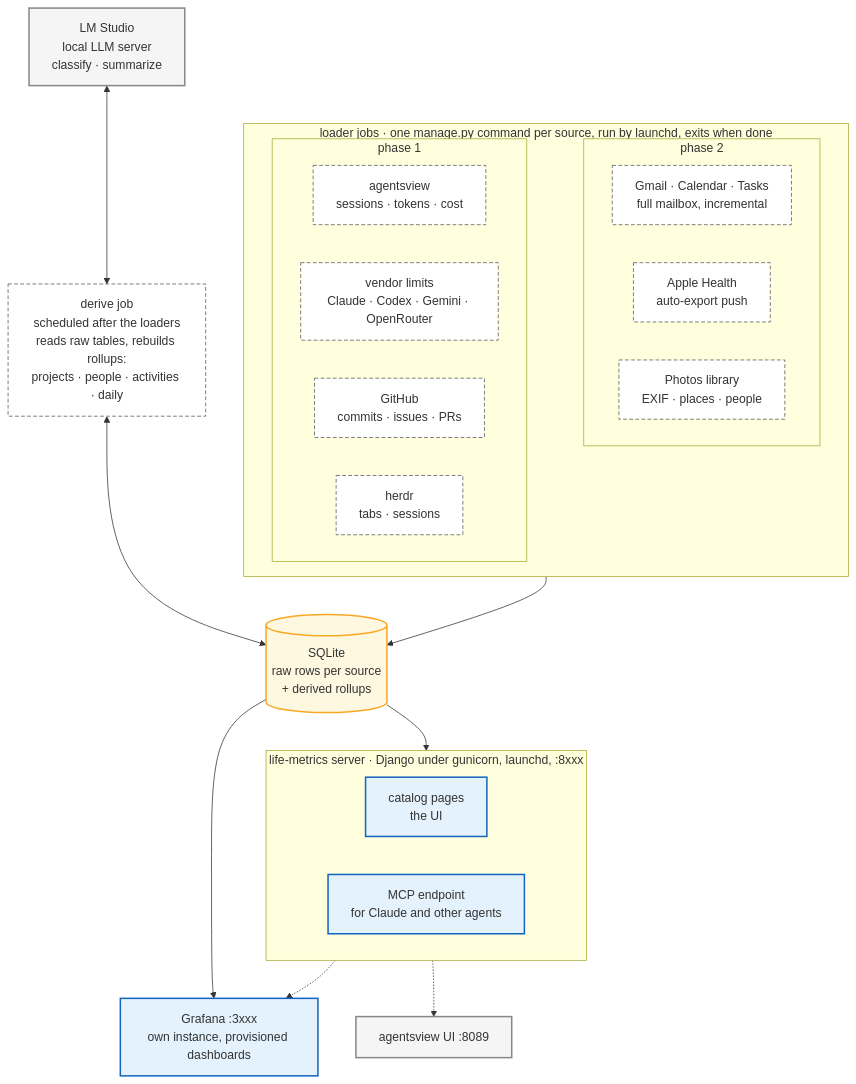
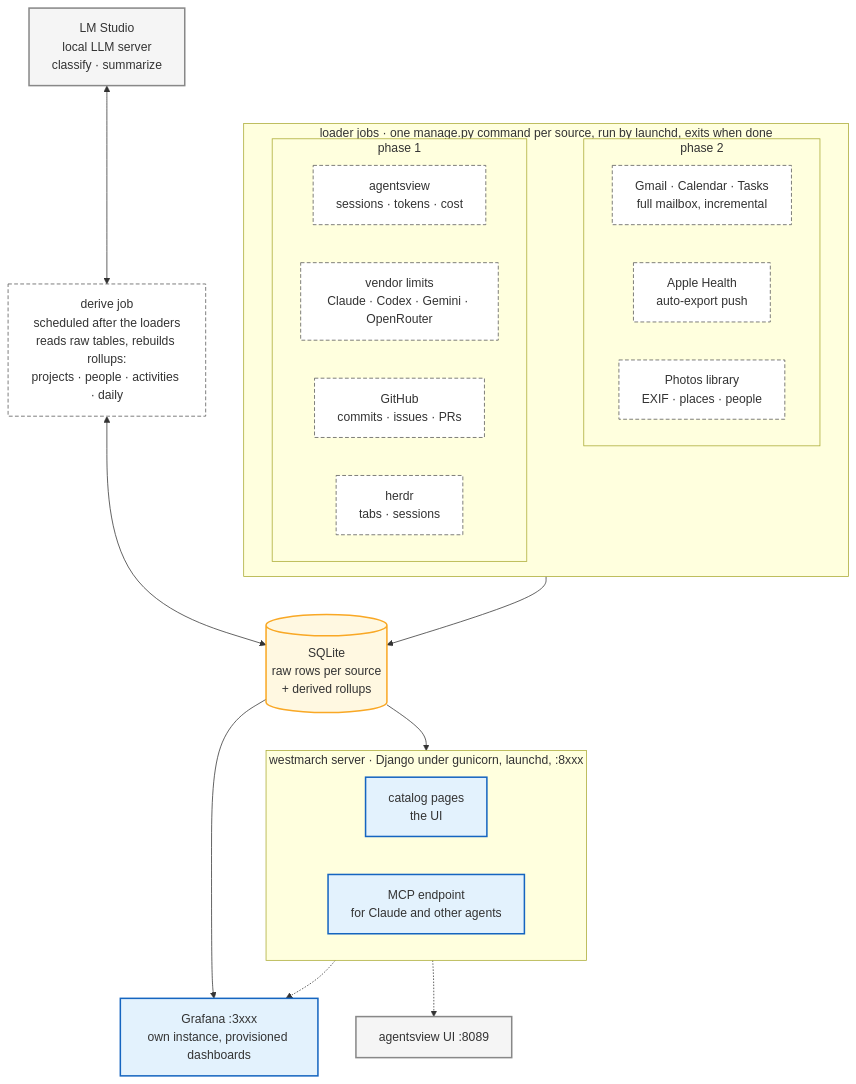
One commit to sefk/westmarch changed the diagram in docs/prd.md. Above: the diagram before and after it, drawn with Mermaid. The commit also changed other lines of this file and 18 other files, not shown here.

````diff
--- a/docs/prd.md
+++ b/docs/prd.md
@@ -49,45 +49,45 @@
 ```mermaid
 flowchart TB
   classDef job fill:#fff,stroke:#555,stroke-dasharray:5 3
   classDef server fill:#e3f2fd,stroke:#1565c0,stroke-width:2px
   classDef external fill:#f5f5f5,stroke:#888,stroke-width:2px
   classDef data fill:#fff8e1,stroke:#f9a825,stroke-width:2px
 
   subgraph jobs["loader jobs · one manage.py command per source, run by launchd, exits when done"]
     subgraph p1["phase 1"]
       AV[agentsview<br/>sessions · tokens · cost]
       LIM[vendor limits<br/>Claude · Codex · Gemini · OpenRouter]
       GH[GitHub<br/>commits · issues · PRs]
       HR[herdr<br/>tabs · sessions]
     end
     subgraph p2["phase 2"]
       GM[Gmail · Calendar · Tasks<br/>full mailbox, incremental]
       AH[Apple Health<br/>auto-export push]
       PH[Photos library<br/>EXIF · places · people]
     end
     AV ~~~ GM
   end
   class AV,LIM,GH,HR,GM,AH,PH job
 
   DB[(SQLite<br/>raw rows per source<br/>+ derived rollups)]:::data
   jobs --> DB
 
   LLM[LM Studio<br/>local LLM server<br/>classify · summarize]:::external
   DERIVE[derive job<br/>scheduled after the loaders<br/>reads raw tables, rebuilds rollups:<br/>projects · people · activities · daily]:::job
   LLM <--> DERIVE
   DERIVE <--> DB
 
-  subgraph web["life-metrics server · Django under gunicorn, launchd, :8xxx"]
+  subgraph web["westmarch server · Django under gunicorn, launchd, :8xxx"]
     direction LR
     CAT[catalog pages<br/>the UI]
     MCP[MCP endpoint<br/>for Claude and other agents]
   end
   class CAT,MCP server
   DB --> web
 
   GRAF[Grafana :3xxx<br/>own instance, provisioned dashboards]:::server
   AVUI[agentsview UI :8089]:::external
   DB --> GRAF
   web -.-> GRAF
   web -.-> AVUI
 ```
````
